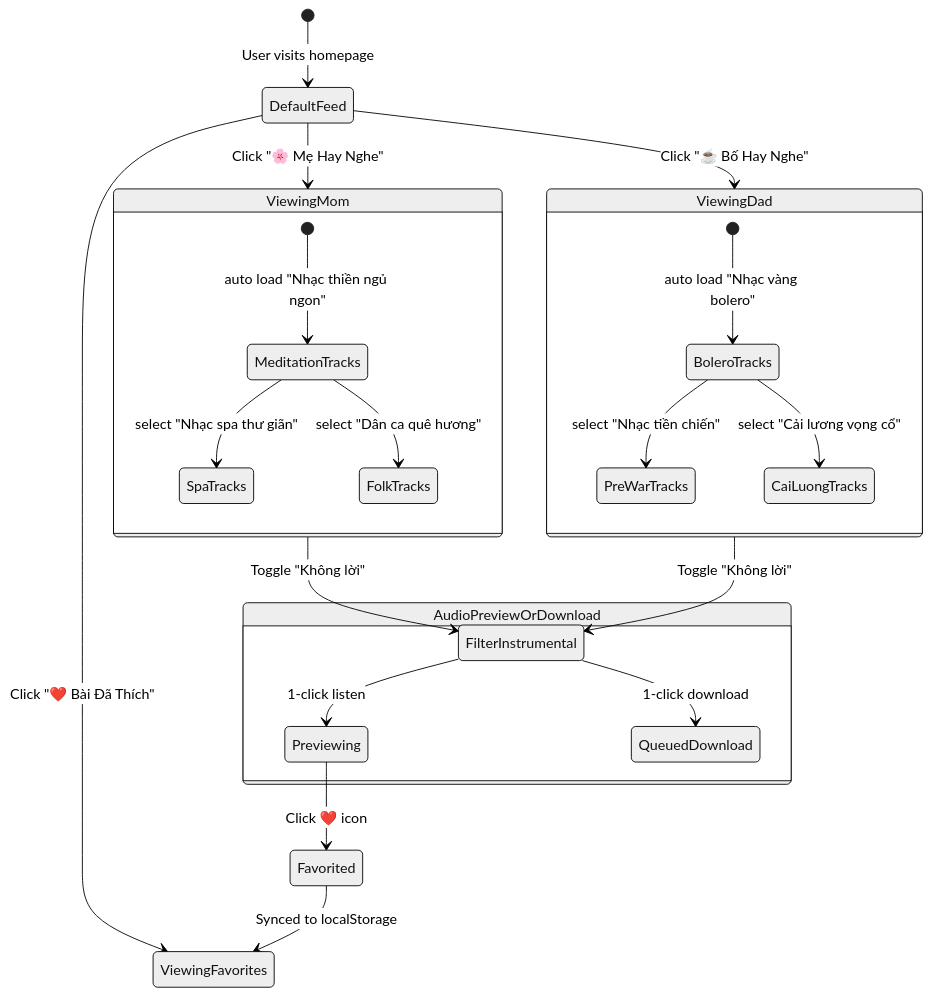
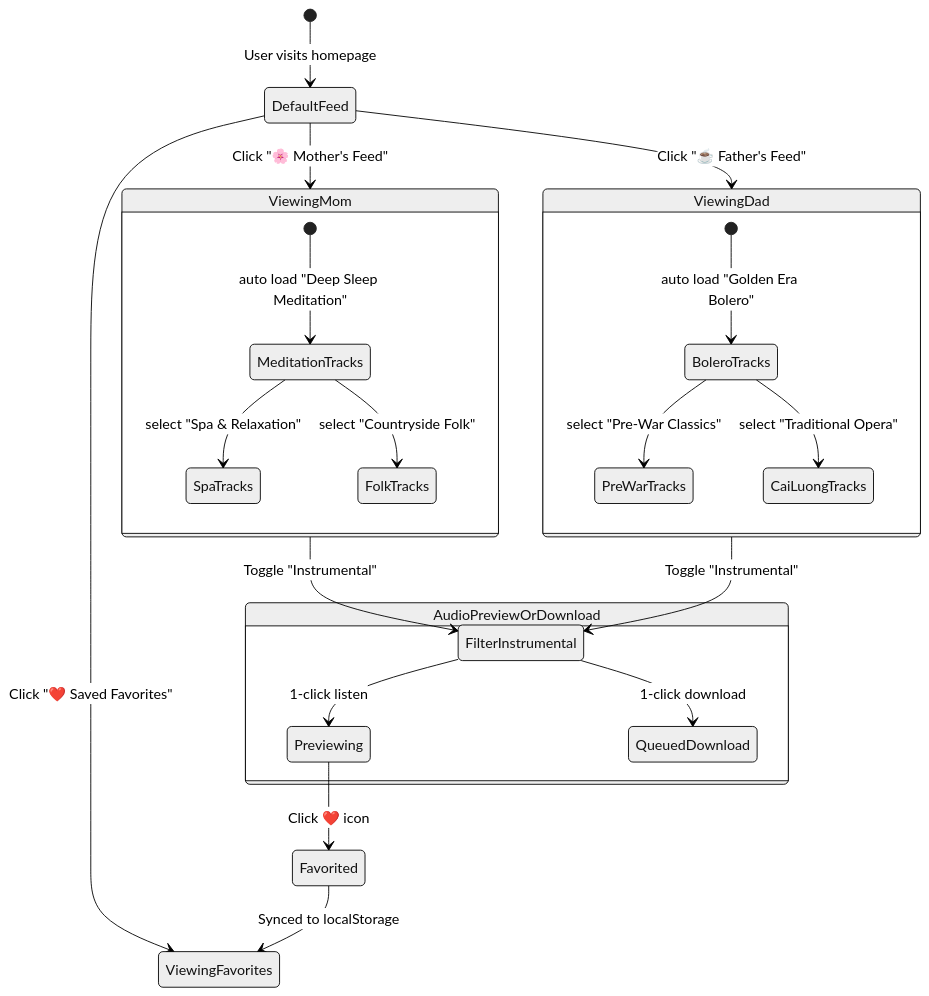
Before and after one commit to tamld/tuneflow: the diagram in docs/fsm/FSM-Phase4-Curation-Interaction.md, drawn with Mermaid (neutral theme). The commit also changed 48 other files, not shown here.

````diff
--- a/docs/fsm/FSM-Phase4-Curation-Interaction.md
+++ b/docs/fsm/FSM-Phase4-Curation-Interaction.md
@@ -3,30 +3,30 @@
 ```mermaid
 stateDiagram-v2
     [*] --> DefaultFeed: User visits homepage
-    DefaultFeed --> ViewingMom: Click "🌸 Mẹ Hay Nghe"
-    DefaultFeed --> ViewingDad: Click "☕ Bố Hay Nghe"
-    DefaultFeed --> ViewingFavorites: Click "❤️ Bài Đã Thích"
+    DefaultFeed --> ViewingMom: Click "🌸 Mother's Feed"
+    DefaultFeed --> ViewingDad: Click "☕ Father's Feed"
+    DefaultFeed --> ViewingFavorites: Click "❤️ Saved Favorites"
     
     state ViewingMom {
-        [*] --> MeditationTracks: auto load "Nhạc thiền ngủ ngon"
-        MeditationTracks --> SpaTracks: select "Nhạc spa thư giãn"
-        MeditationTracks --> FolkTracks: select "Dân ca quê hương"
+        [*] --> MeditationTracks: auto load "Deep Sleep Meditation"
+        MeditationTracks --> SpaTracks: select "Spa & Relaxation"
+        MeditationTracks --> FolkTracks: select "Countryside Folk"
     }
     
     state ViewingDad {
-        [*] --> BoleroTracks: auto load "Nhạc vàng bolero"
-        BoleroTracks --> PreWarTracks: select "Nhạc tiền chiến"
-        BoleroTracks --> CaiLuongTracks: select "Cải lương vọng cổ"
+        [*] --> BoleroTracks: auto load "Golden Era Bolero"
+        BoleroTracks --> PreWarTracks: select "Pre-War Classics"
+        BoleroTracks --> CaiLuongTracks: select "Traditional Opera"
     }
     
-    ViewingMom --> FilterInstrumental: Toggle "Không lời"
-    ViewingDad --> FilterInstrumental: Toggle "Không lời"
+    ViewingMom --> FilterInstrumental: Toggle "Instrumental"
+    ViewingDad --> FilterInstrumental: Toggle "Instrumental"
     
     state AudioPreviewOrDownload {
         FilterInstrumental --> Previewing: 1-click listen
         FilterInstrumental --> QueuedDownload: 1-click download
     }
     
     Previewing --> Favorited: Click ❤️ icon
     Favorited --> ViewingFavorites: Synced to localStorage
 ```
````
